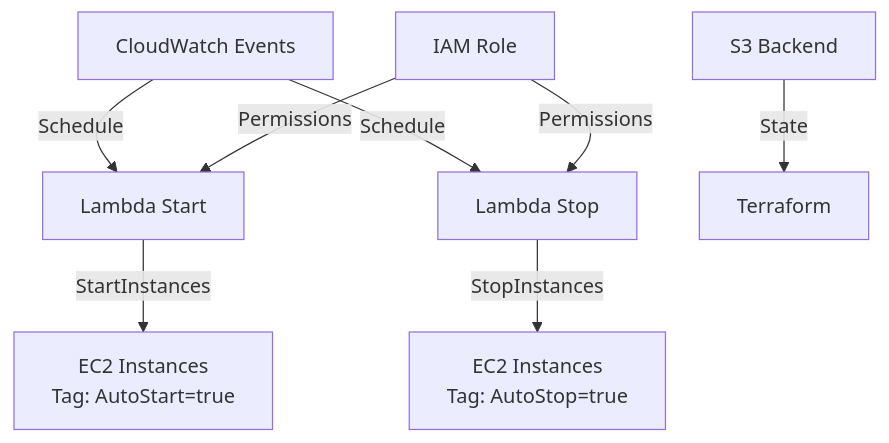
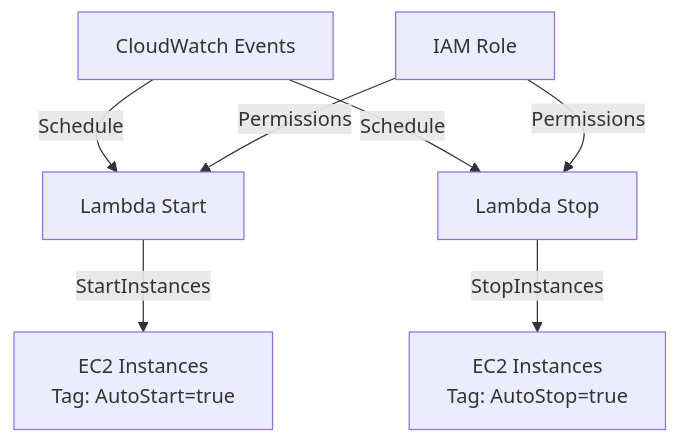
Before and after one commit to FranckJudes/lambda_stop_start_EC2_aws: the diagram in README.md, drawn with Mermaid. The commit also changed other lines of this file, not shown here.

````diff
--- a/README.md
+++ b/README.md
@@ -54,10 +54,9 @@
 ```mermaid
 graph TB
     A[CloudWatch Events] -->|Schedule| B[Lambda Start]
     A -->|Schedule| C[Lambda Stop]
     B -->|StartInstances| D[EC2 Instances<br/>Tag: AutoStart=true]
     C -->|StopInstances| E[EC2 Instances<br/>Tag: AutoStop=true]
     F[IAM Role] -->|Permissions| B
     F -->|Permissions| C
-    G[S3 Backend] -->|State| H[Terraform]
 ```
````
